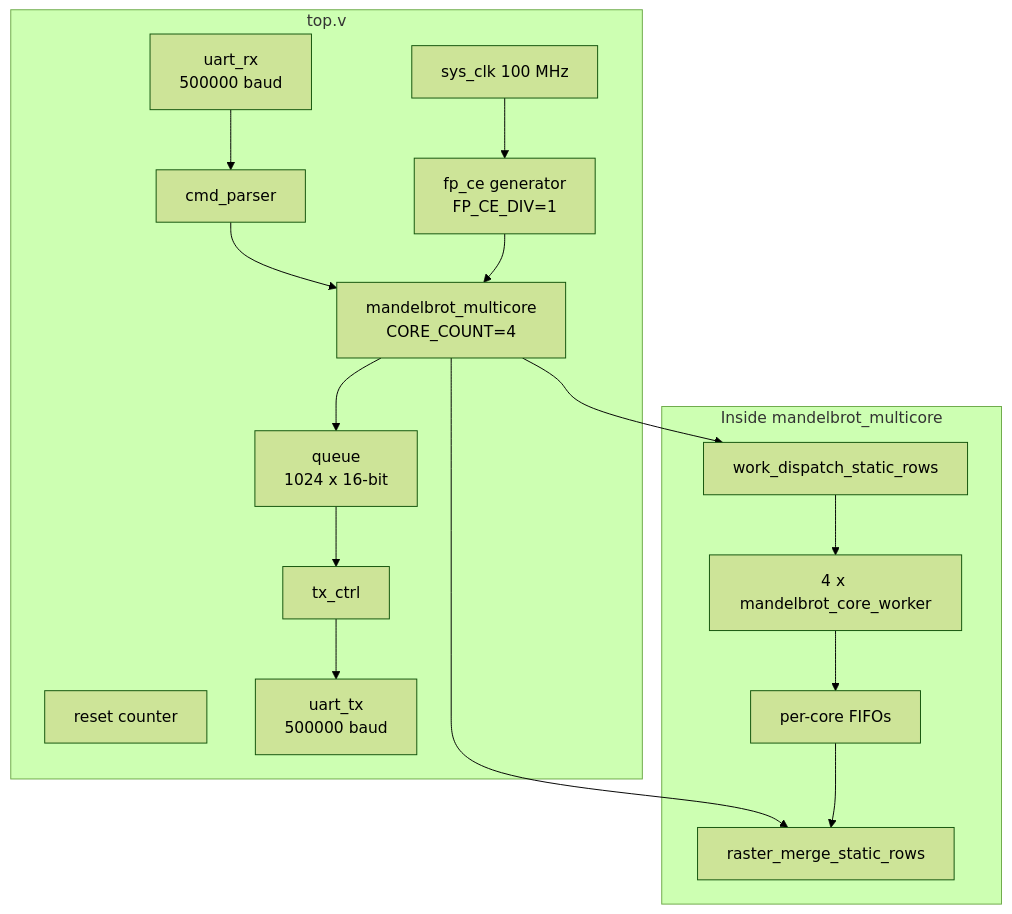
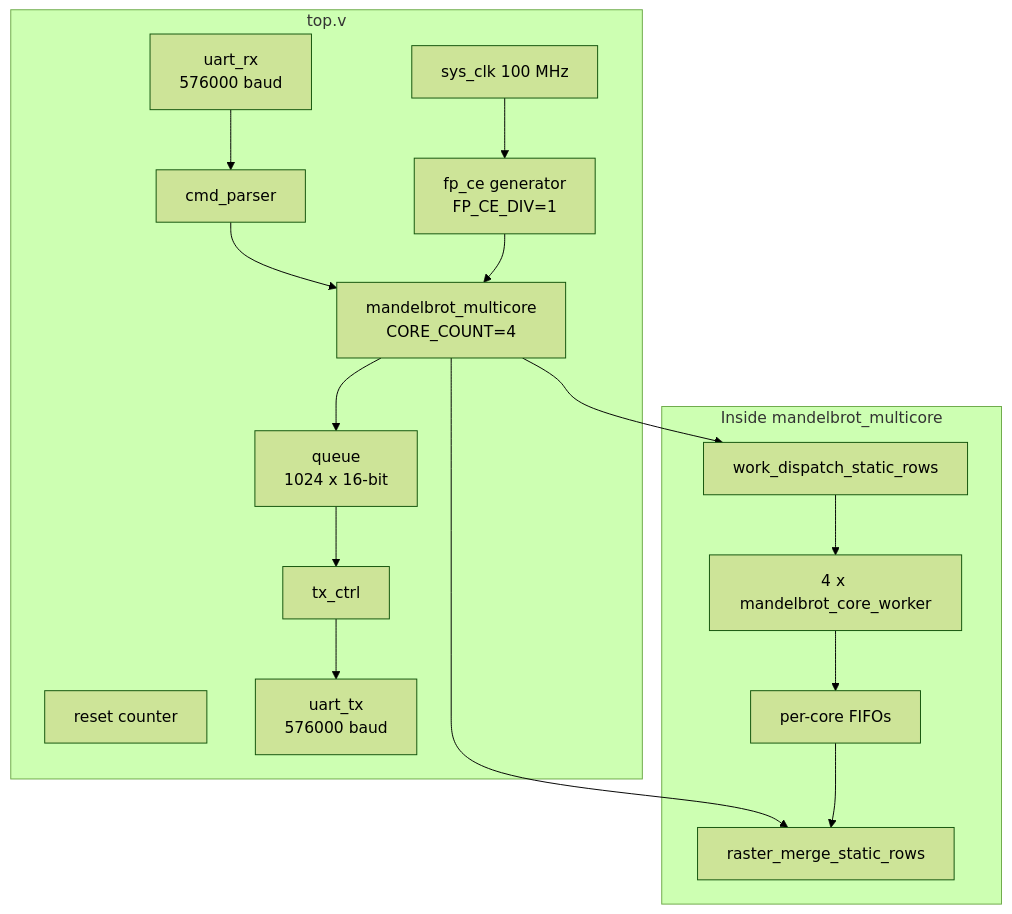
Before and after one commit to RESBI/FPGA-Mandelbrot-Demo: the second of 4 diagrams in README.md, drawn with Mermaid (forest theme). The commit also changed other lines of this file and 17 other files, not shown here.

First line of the commit message:
Raise default UART to 576000 baud; add timing/boundary analysis reports

````diff
--- a/README.md
+++ b/README.md
@@ -97,29 +102,29 @@
 ```mermaid
 flowchart TB
     subgraph TOP[top.v]
         CLK[sys_clk 100 MHz] --> CE[fp_ce generator<br/>FP_CE_DIV=1]
         RST[reset counter]
 
-        URX[uart_rx<br/>500000 baud]
-        UTX[uart_tx<br/>500000 baud]
+        URX[uart_rx<br/>576000 baud]
+        UTX[uart_tx<br/>576000 baud]
         CMD[cmd_parser]
         CORE[mandelbrot_multicore<br/>CORE_COUNT=4]
         FIFO[queue<br/>1024 x 16-bit]
         TXC[tx_ctrl]
 
         URX --> CMD
         CMD --> CORE
         CE --> CORE
         CORE --> FIFO
         FIFO --> TXC
         TXC --> UTX
     end
 
     subgraph MC[Inside mandelbrot_multicore]
         CORE --> DISP[work_dispatch_static_rows]
         CORE --> MERGE[raster_merge_static_rows]
         DISP --> WORKERS[4 x mandelbrot_core_worker]
         WORKERS --> CFIFO[per-core FIFOs]
         CFIFO --> MERGE
     end
 ```
````
